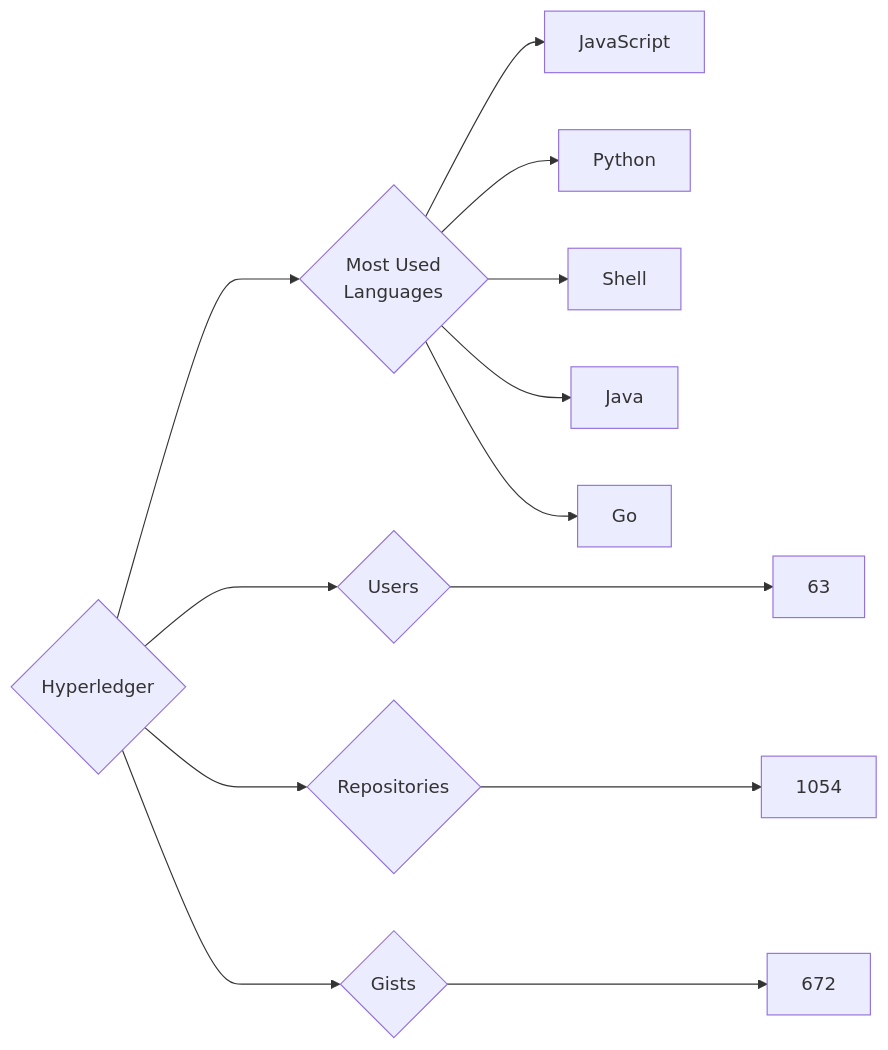
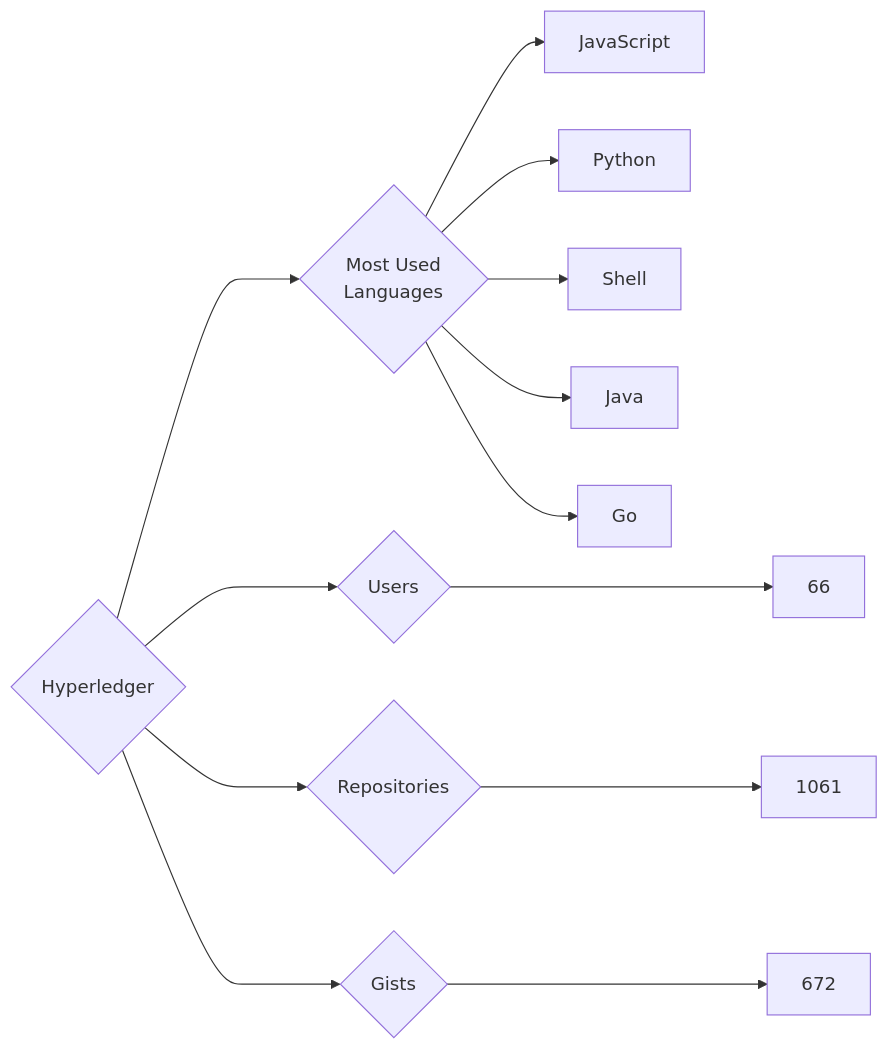
One commit to trickest/insiders changed the diagram in targets/Hyperledger/README.md. Above: the diagram before and after it, drawn with Mermaid. The commit also changed 750 other files, not shown here.

````diff
--- a/targets/Hyperledger/README.md
+++ b/targets/Hyperledger/README.md
@@ -3,13 +3,13 @@
 ```mermaid
 graph LR
 COMPANY_NAME{Hyperledger}
-COMPANY_NAME ---> U{Users} ---> UN[63]
-COMPANY_NAME ---> R{Repositories} ---> RN[1054]
+COMPANY_NAME ---> U{Users} ---> UN[66]
+COMPANY_NAME ---> R{Repositories} ---> RN[1061]
 COMPANY_NAME ---> G{Gists} ---> GN[672]
 COMPANY_NAME ---> ML{Most Used<br>Languages}
 ML --> JavaScript[JavaScript]
 ML --> Python[Python]
 ML --> Shell[Shell]
 ML --> Java[Java]
 ML --> Go[Go]
 ```
````
